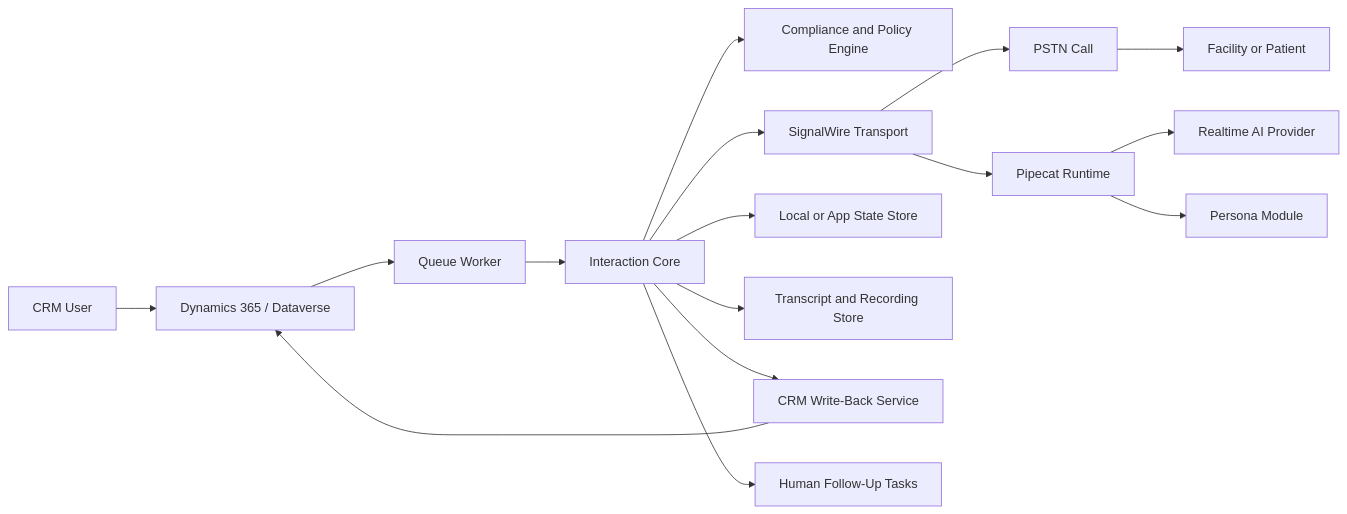
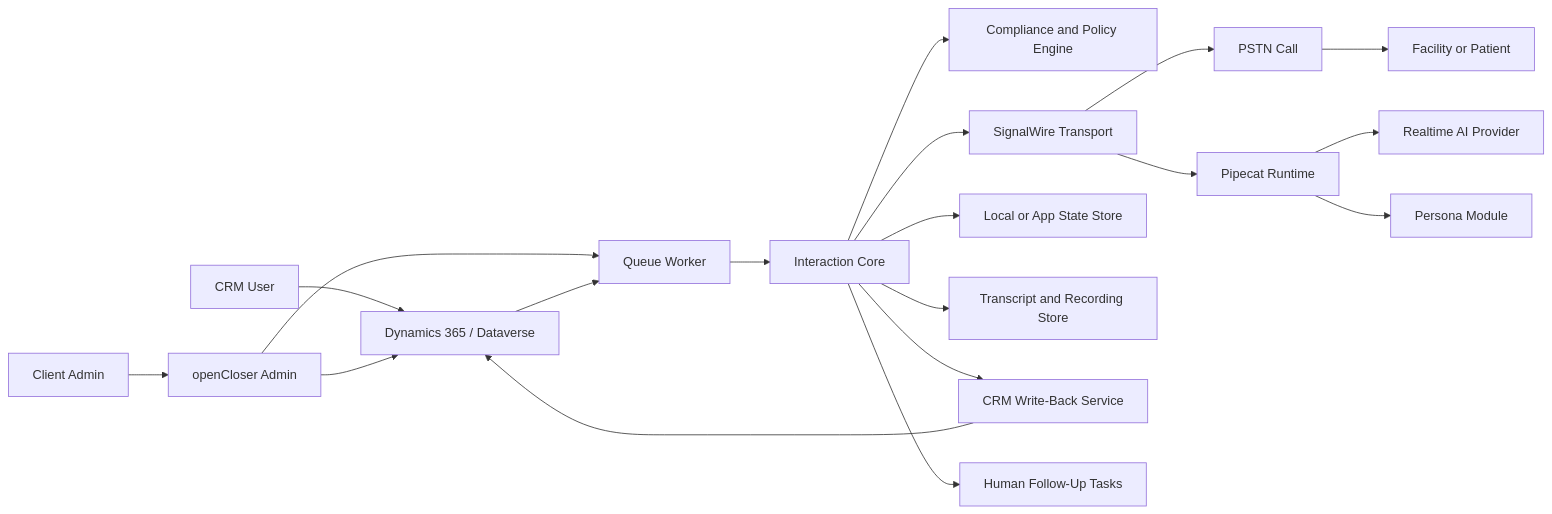
Before and after one commit to opensoft/openCloser: the first of 4 diagrams in docs/architecture/openCloser_Architecture.md, drawn with Mermaid. The commit also changed other lines of this file and 59 other files, not shown here.

Commit message:
docs: update openCloser specs and architecture

````diff
--- a/docs/architecture/openCloser_Architecture.md
+++ b/docs/architecture/openCloser_Architecture.md
@@ -46,18 +65,21 @@
 ```mermaid
 flowchart LR
     User["CRM User"] --> CRM["Dynamics 365 / Dataverse"]
+    Admin["Client Admin"] --> AdminApp["openCloser Admin"]
+    AdminApp --> CRM
+    AdminApp --> Worker
     CRM --> Worker["Queue Worker"]
     Worker --> Core["Interaction Core"]
     Core --> Rules["Compliance and Policy Engine"]
     Core --> Transport["SignalWire Transport"]
     Transport --> PSTN["PSTN Call"]
     PSTN --> Callee["Facility or Patient"]
     Transport --> Runtime["Pipecat Runtime"]
     Runtime --> Model["Realtime AI Provider"]
     Runtime --> Persona["Persona Module"]
     Core --> Store["Local or App State Store"]
     Core --> Artifacts["Transcript and Recording Store"]
     Core --> WriteBack["CRM Write-Back Service"]
     WriteBack --> CRM
     Core --> Humans["Human Follow-Up Tasks"]
 ```
````
